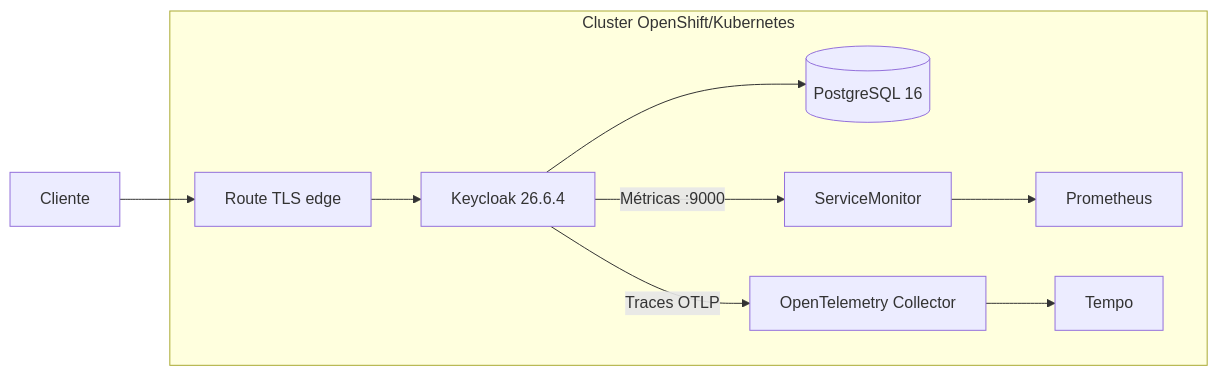
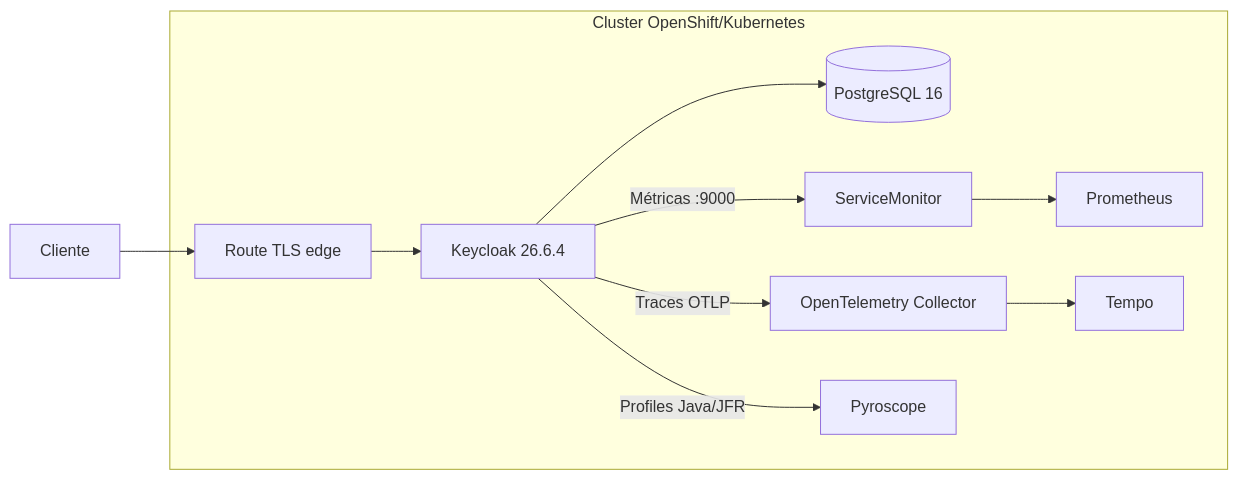
Before and after one commit to thiagobotelho/keycloak-gitops: the diagram in README.md, drawn with Mermaid. The commit also changed other lines of this file and 5 other files, not shown here.

````diff
--- a/README.md
+++ b/README.md
@@ -13,20 +13,22 @@
 ```mermaid
 flowchart LR
     A[Cliente] --> B[Route TLS edge]
     B --> C[Keycloak 26.6.4]
     C --> D[(PostgreSQL 16)]
     C -->|Métricas :9000| E[ServiceMonitor]
     E --> F[Prometheus]
     C -->|Traces OTLP| G[OpenTelemetry Collector]
     G --> H[Tempo]
+    C -->|Profiles Java/JFR| I[Pyroscope]
 
     subgraph cluster [Cluster OpenShift/Kubernetes]
         B
         C
         D
         E
         F
         G
         H
+        I
     end
 ```
````
